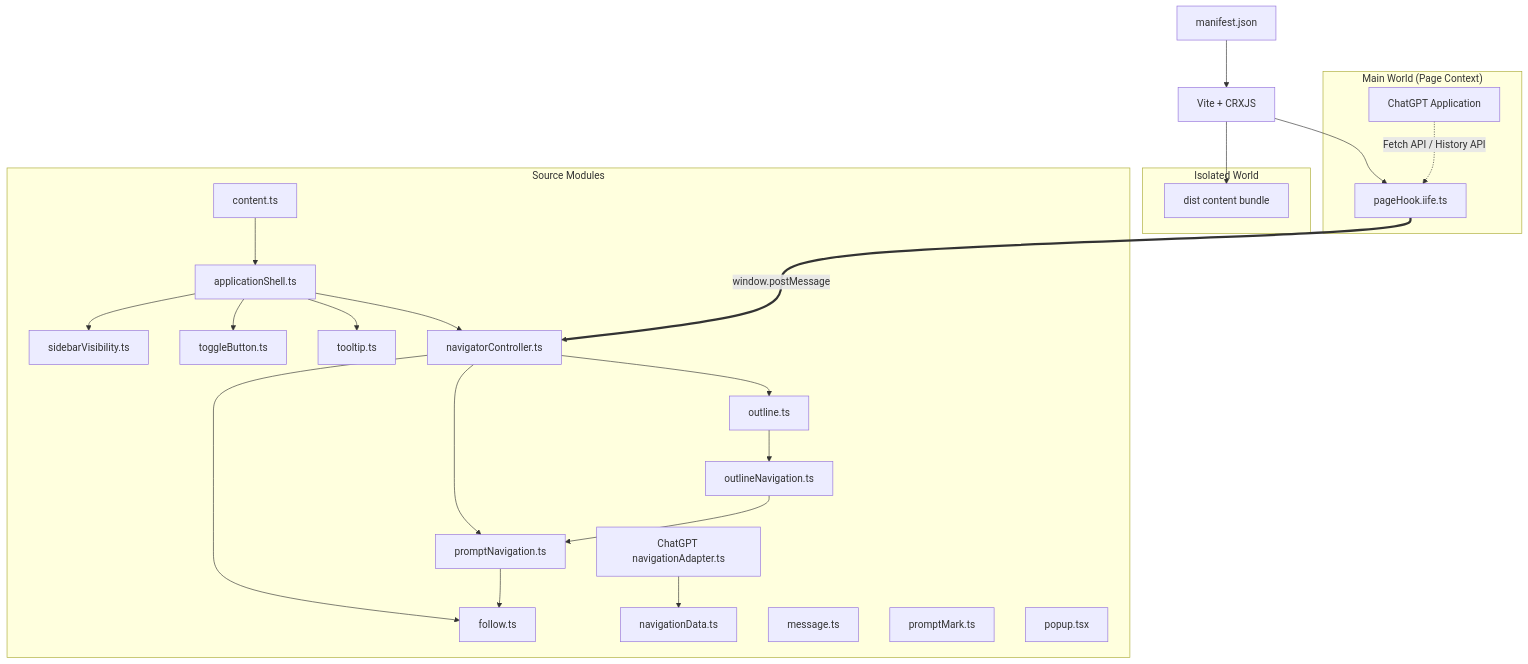
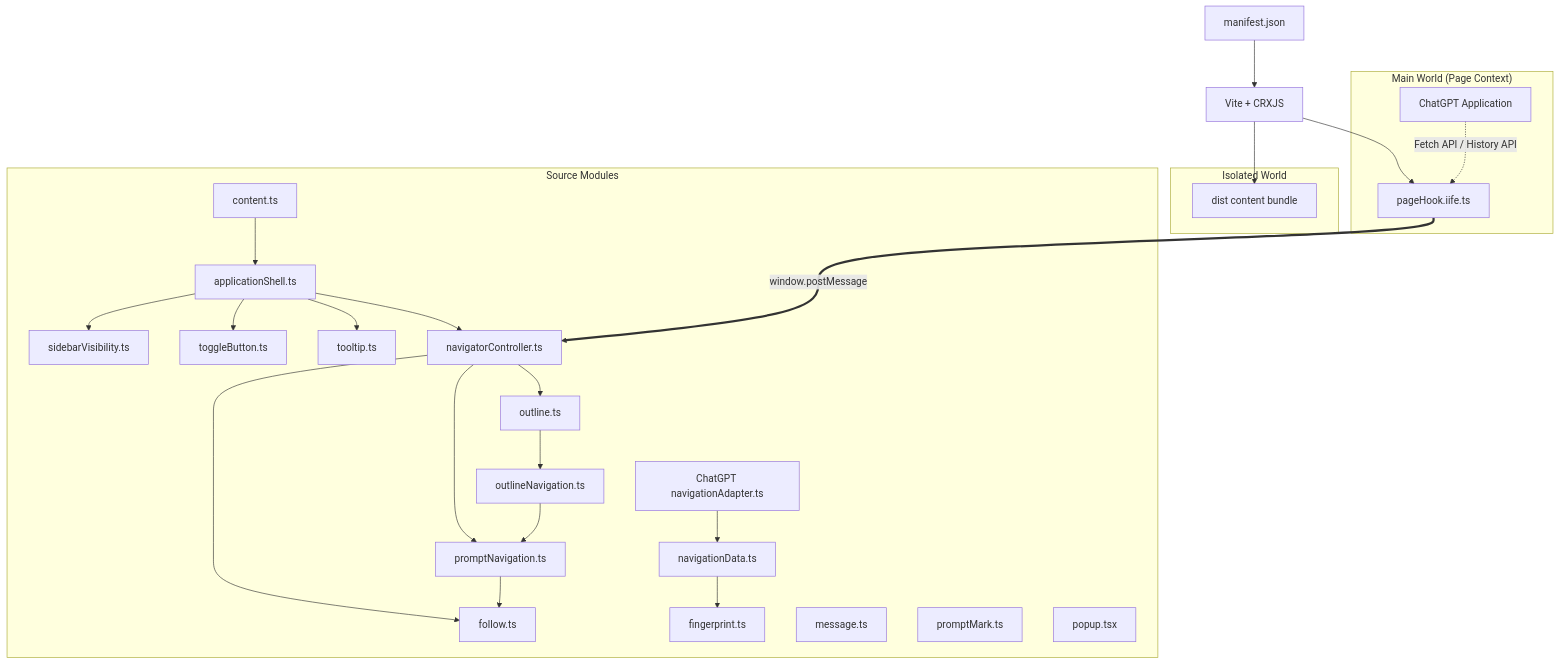
Before and after one commit to Leo7805/luna-toc: the diagram in docs/ARCHITECTURE.md, drawn with Mermaid. The commit also changed other lines of this file and 5 other files, not shown here.

Commit message:
feat(navigation): add response fingerprint generation

````diff
--- a/docs/ARCHITECTURE.md
+++ b/docs/ARCHITECTURE.md
@@ -15,50 +15,52 @@
 ```mermaid
 graph TD
     manifest[manifest.json]
     vite[Vite + CRXJS]
 
     subgraph sourceModules["Source Modules"]
         content[content.ts]
         outline[outline.ts]
         outlineNavigation[outlineNavigation.ts]
         follow[follow.ts]
         promptNavigation[promptNavigation.ts]
         navigationData[navigationData.ts]
+        fingerprint[fingerprint.ts]
         chatGptAdapter[ChatGPT navigationAdapter.ts]
         msg[message.ts]
         mark[promptMark.ts]
         vis[sidebarVisibility.ts]
         btn[toggleButton.ts]
         tip[tooltip.ts]
         navigator[navigatorController.ts]
         shell[applicationShell.ts]
         popup[popup.tsx]
     end
 
     subgraph isolatedWorld["Isolated World"]
         contentBundle[dist content bundle]
     end
 
     subgraph mainWorld["Main World (Page Context)"]
         hook[pageHook.iife.ts]
         chatgpt[ChatGPT Application]
     end
 
     manifest --> vite
     content --> shell
     shell --> navigator
     shell --> vis
     shell --> btn
     shell --> tip
     navigator --> outline
     navigator --> promptNavigation
     chatGptAdapter --> navigationData
+    navigationData --> fingerprint
     navigator --> follow
     outline --> outlineNavigation
     outlineNavigation --> promptNavigation
     promptNavigation --> follow
     vite --> contentBundle
     vite --> hook
     hook ===>|window.postMessage| navigator
     chatgpt -.->|Fetch API / History API| hook
 ```
````
